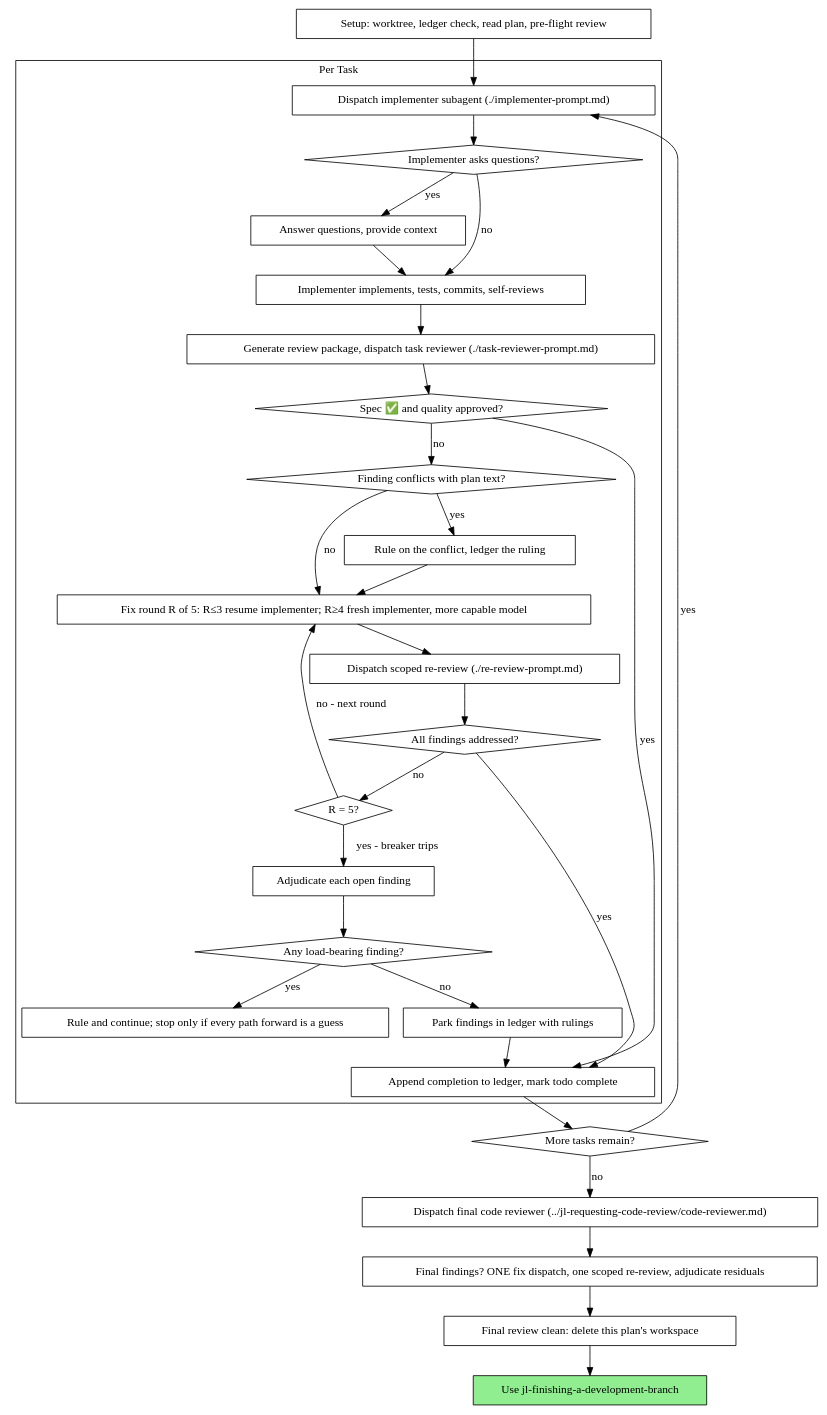
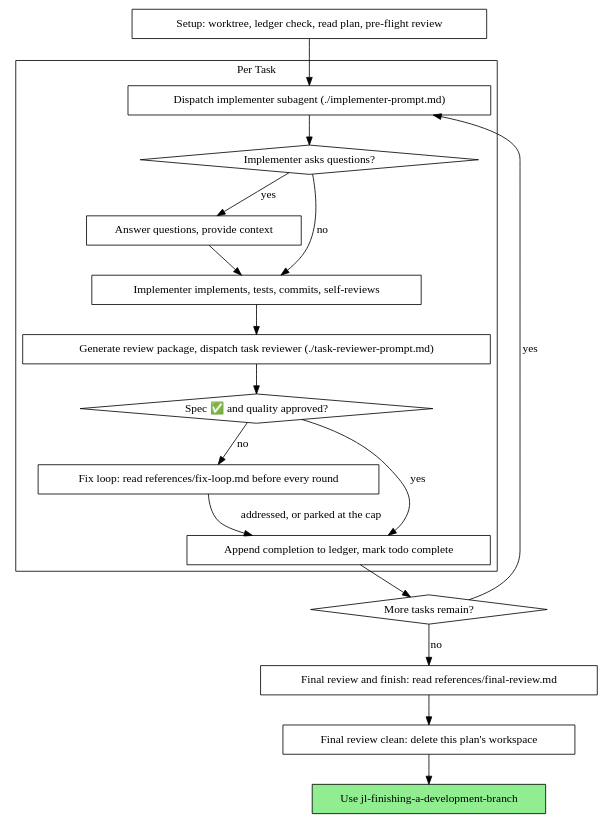
The second of 2 diagrams in synced/jl-subagent-driven-development/SKILL.md (hufaei/my-skills), drawn with Graphviz before and after one commit. The commit also changed other lines of this file and 24 other files, not shown here.

````diff
--- a/synced/jl-subagent-driven-development/SKILL.md
+++ b/synced/jl-subagent-driven-development/SKILL.md
@@ -61,62 +61,39 @@
 ```dot
 digraph process {
     rankdir=TB;
 
     subgraph cluster_per_task {
         label="Per Task";
         "Dispatch implementer subagent (./implementer-prompt.md)" [shape=box];
         "Implementer asks questions?" [shape=diamond];
         "Answer questions, provide context" [shape=box];
         "Implementer implements, tests, commits, self-reviews" [shape=box];
         "Generate review package, dispatch task reviewer (./task-reviewer-prompt.md)" [shape=box];
         "Spec ✅ and quality approved?" [shape=diamond];
-        "Finding conflicts with plan text?" [shape=diamond];
-        "Rule on the conflict, ledger the ruling" [shape=box];
-        "Fix round R of 5: R≤3 resume implementer; R≥4 fresh implementer, more capable model" [shape=box];
-        "Dispatch scoped re-review (./re-review-prompt.md)" [shape=box];
-        "All findings addressed?" [shape=diamond];
-        "R = 5?" [shape=diamond];
-        "Adjudicate each open finding" [shape=box];
-        "Any load-bearing finding?" [shape=diamond];
-        "Rule and continue; stop only if every path forward is a guess" [shape=box];
-        "Park findings in ledger with rulings" [shape=box];
+        "Fix loop: read references/fix-loop.md before every round" [shape=box];
         "Append completion to ledger, mark todo complete" [shape=box];
     }
 
     "Setup: worktree, ledger check, read plan, pre-flight review" [shape=box];
     "More tasks remain?" [shape=diamond];
-    "Dispatch final code reviewer (../jl-requesting-code-review/code-reviewer.md)" [shape=box];
-    "Final findings? ONE fix dispatch, one scoped re-review, adjudicate residuals" [shape=box];
+    "Final review and finish: read references/final-review.md" [shape=box];
     "Final review clean: delete this plan's workspace" [shape=box];
     "Use jl-finishing-a-development-branch" [shape=box style=filled fillcolor=lightgreen];
 
     "Setup: worktree, ledger check, read plan, pre-flight review" -> "Dispatch implementer subagent (./implementer-prompt.md)";
     "Dispatch implementer subagent (./implementer-prompt.md)" -> "Implementer asks questions?";
     "Implementer asks questions?" -> "Answer questions, provide context" [label="yes"];
     "Answer questions, provide context" -> "Implementer implements, tests, commits, self-reviews";
     "Implementer asks questions?" -> "Implementer implements, tests, commits, self-reviews" [label="no"];
     "Implementer implements, tests, commits, self-reviews" -> "Generate review package, dispatch task reviewer (./task-reviewer-prompt.md)";
     "Generate review package, dispatch task reviewer (./task-reviewer-prompt.md)" -> "Spec ✅ and quality approved?";
     "Spec ✅ and quality approved?" -> "Append completion to ledger, mark todo complete" [label="yes"];
-    "Spec ✅ and quality approved?" -> "Finding conflicts with plan text?" [label="no"];
-    "Finding conflicts with plan text?" -> "Rule on the conflict, ledger the ruling" [label="yes"];
-    "Rule on the conflict, ledger the ruling" -> "Fix round R of 5: R≤3 resume implementer; R≥4 fresh implementer, more capable model";
-    "Finding conflicts with plan text?" -> "Fix round R of 5: R≤3 resume implementer; R≥4 fresh implementer, more capable model" [label="no"];
-    "Fix round R of 5: R≤3 resume implementer; R≥4 fresh implementer, more capable model" -> "Dispatch scoped re-review (./re-review-prompt.md)";
-    "Dispatch scoped re-review (./re-review-prompt.md)" -> "All findings addressed?";
-    "All findings addressed?" -> "Append completion to ledger, mark todo complete" [label="yes"];
-    "All findings addressed?" -> "R = 5?" [label="no"];
-    "R = 5?" -> "Fix round R of 5: R≤3 resume implementer; R≥4 fresh implementer, more capable model" [label="no - next round"];
-    "R = 5?" -> "Adjudicate each open finding" [label="yes - breaker trips"];
-    "Adjudicate each open finding" -> "Any load-bearing finding?";
-    "Any load-bearing finding?" -> "Rule and continue; stop only if every path forward is a guess" [label="yes"];
-    "Any load-bearing finding?" -> "Park findings in ledger with rulings" [label="no"];
-    "Park findings in ledger with rulings" -> "Append completion to ledger, mark todo complete";
+    "Spec ✅ and quality approved?" -> "Fix loop: read references/fix-loop.md before every round" [label="no"];
+    "Fix loop: read references/fix-loop.md before every round" -> "Append completion to ledger, mark todo complete" [label="addressed, or parked at the cap"];
     "Append completion to ledger, mark todo complete" -> "More tasks remain?";
     "More tasks remain?" -> "Dispatch implementer subagent (./implementer-prompt.md)" [label="yes"];
-    "More tasks remain?" -> "Dispatch final code reviewer (../jl-requesting-code-review/code-reviewer.md)" [label="no"];
-    "Dispatch final code reviewer (../jl-requesting-code-review/code-reviewer.md)" -> "Final findings? ONE fix dispatch, one scoped re-review, adjudicate residuals";
-    "Final findings? ONE fix dispatch, one scoped re-review, adjudicate residuals" -> "Final review clean: delete this plan's workspace";
+    "More tasks remain?" -> "Final review and finish: read references/final-review.md" [label="no"];
+    "Final review and finish: read references/final-review.md" -> "Final review clean: delete this plan's workspace";
     "Final review clean: delete this plan's workspace" -> "Use jl-finishing-a-development-branch";
 }
 ```
````
